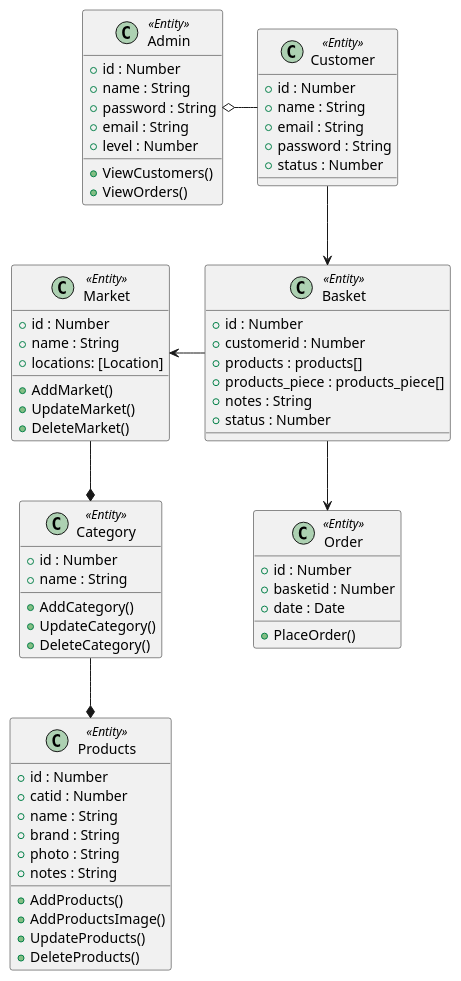
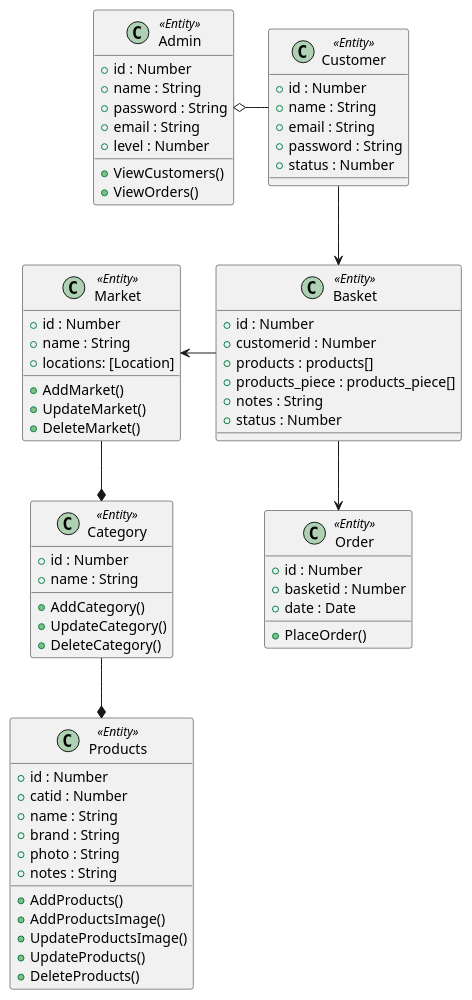
One commit to panodes/desktop-tutorial changed the diagram in class-diagram.puml. Above: the diagram before and after it, drawn with PlantUML.

```diff
--- a/class-diagram.puml
+++ b/class-diagram.puml
@@ -1,73 +1,74 @@
 @startuml "Class Diagram"
 
 class Admin << Entity >> {
     + id : Number
     + name : String
     + password : String
     + email : String
     + level : Number
     + ViewCustomers()
     + ViewOrders()
 }
 
 class Customer << Entity >> {
     + id : Number
     + name : String
     + email : String
     + password : String
     + status : Number
 }
 
 class Market << Entity >> {
     + id : Number
     + name : String
     + locations: [Location]
     + AddMarket()
     + UpdateMarket()
     + DeleteMarket()
 }
 
 class Category << Entity >> {
     + id : Number
     + name : String
     + AddCategory()
     + UpdateCategory()
     + DeleteCategory()
 }
 
 class Products << Entity >> {
     + id : Number
     + catid : Number
     + name : String
     + brand : String
     + photo : String
     + notes : String
     + AddProducts()
     + AddProductsImage()
+    + UpdateProductsImage()
     + UpdateProducts()
     + DeleteProducts()
 }
 
 class Basket << Entity >> {
     + id : Number
     + customerid : Number
     + products : products[]
     + products_piece : products_piece[]
     + notes : String
     + status : Number
 }
 
 class Order << Entity >> { 
     + id : Number
     + basketid : Number
     + date : Date
     + PlaceOrder()
 }
 Customer -left-o Admin
 Category *-up- Market
 Products *-up- Category
 Customer --> Basket
 Basket --> Order
 Basket -left-> Market
 
 @enduml
```
